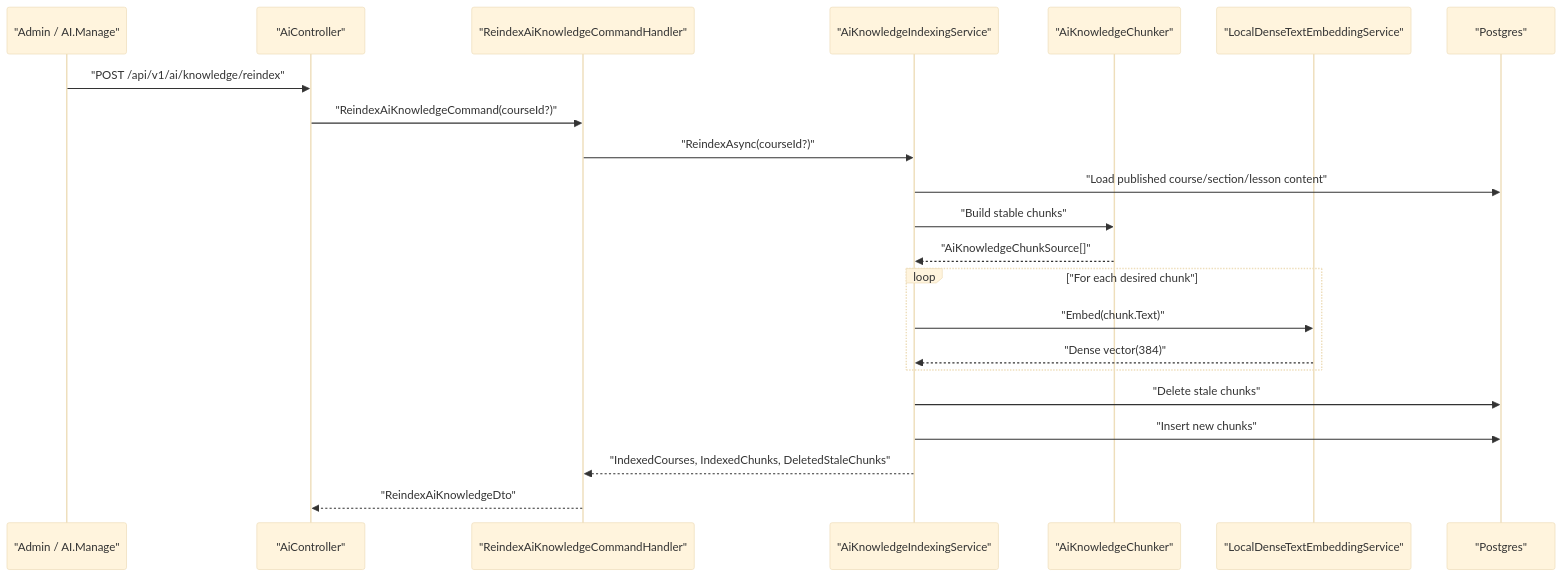
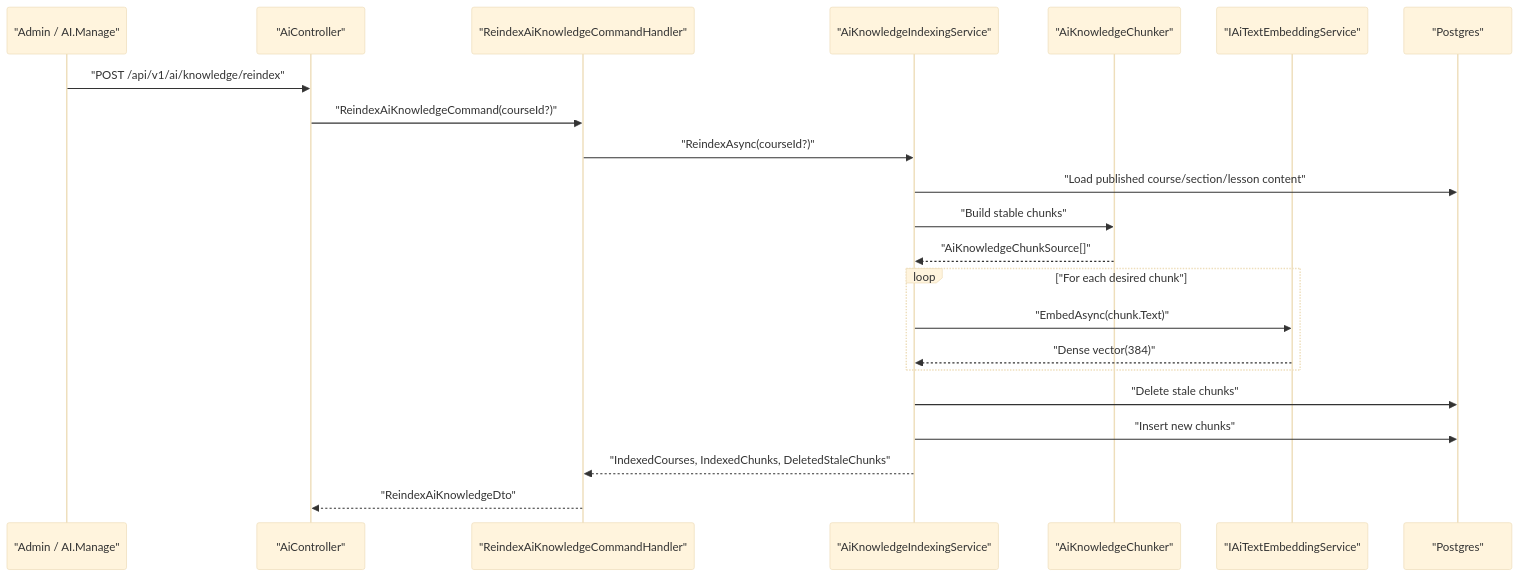
The fifth of 7 diagrams in docs/ai-architecture.md (caiquangtung/ELearning), drawn with Mermaid (base theme) before and after one commit. The commit also changed other lines of this file and 40 other files, not shown here.

````diff
--- a/docs/ai-architecture.md
+++ b/docs/ai-architecture.md
@@ -259,25 +289,25 @@
 ```mermaid
 sequenceDiagram
     participant Admin as "Admin / AI.Manage"
     participant API as "AiController"
     participant Handler as "ReindexAiKnowledgeCommandHandler"
     participant Indexer as "AiKnowledgeIndexingService"
     participant Chunker as "AiKnowledgeChunker"
-    participant Embedding as "LocalDenseTextEmbeddingService"
+    participant Embedding as "IAiTextEmbeddingService"
     participant DB as "Postgres"
 
     Admin->>API: "POST /api/v1/ai/knowledge/reindex"
     API->>Handler: "ReindexAiKnowledgeCommand(courseId?)"
     Handler->>Indexer: "ReindexAsync(courseId?)"
     Indexer->>DB: "Load published course/section/lesson content"
     Indexer->>Chunker: "Build stable chunks"
     Chunker-->>Indexer: "AiKnowledgeChunkSource[]"
     loop "For each desired chunk"
-        Indexer->>Embedding: "Embed(chunk.Text)"
+        Indexer->>Embedding: "EmbedAsync(chunk.Text)"
         Embedding-->>Indexer: "Dense vector(384)"
     end
     Indexer->>DB: "Delete stale chunks"
     Indexer->>DB: "Insert new chunks"
     Indexer-->>Handler: "IndexedCourses, IndexedChunks, DeletedStaleChunks"
     Handler-->>API: "ReindexAiKnowledgeDto"
 ```
````
